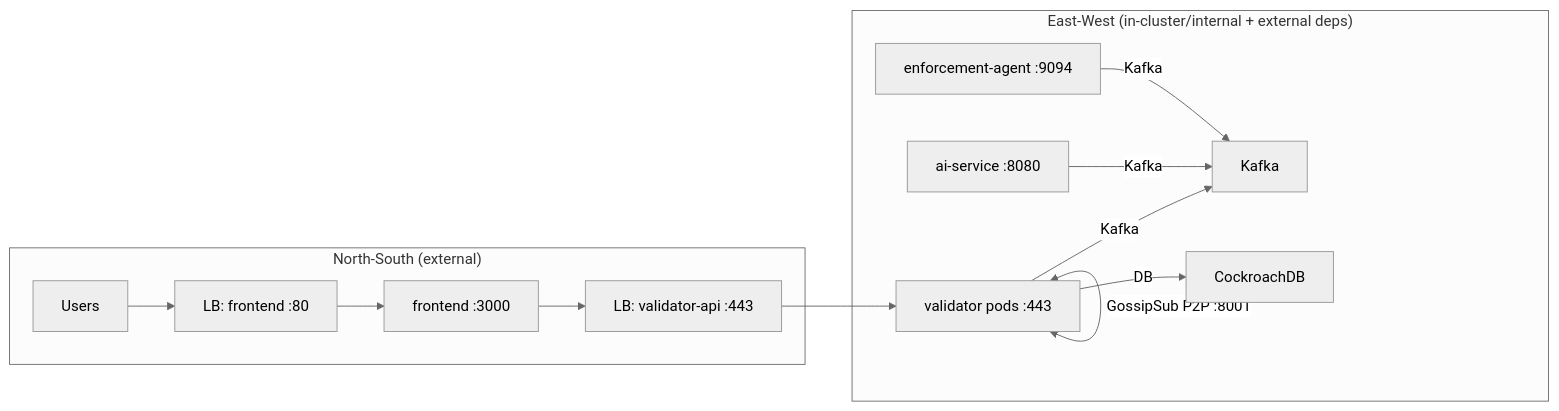
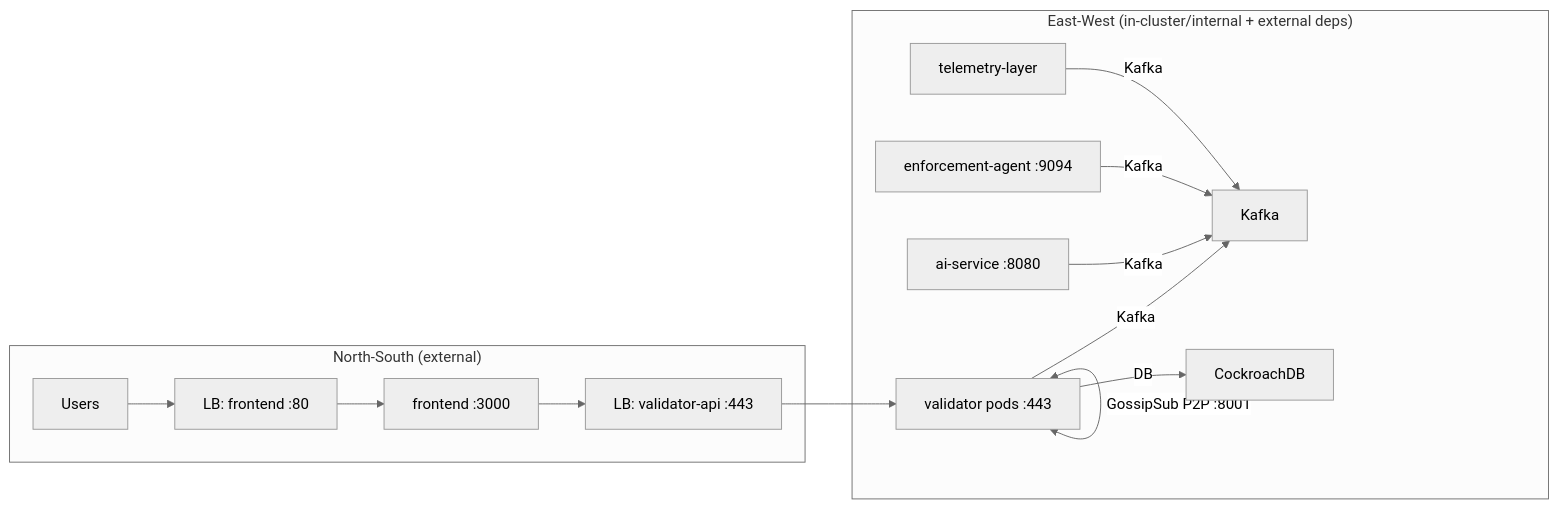
One commit to EveShark/CyberMesh changed the second of 2 diagrams in docs/architecture/12_gke_deployment.md. Above: the diagram before and after it, drawn with Mermaid (neutral theme). The commit also changed other lines of this file and 49 other files, not shown here.

````diff
--- a/docs/architecture/12_gke_deployment.md
+++ b/docs/architecture/12_gke_deployment.md
@@ -142,17 +181,18 @@
 ```mermaid
 flowchart LR
     subgraph NorthSouth["North-South (external)"]
         U[Users] --> FE_LB[LB: frontend :80]
         FE_LB --> FE[frontend :3000]
         FE --> BE_LB[LB: validator-api :443]
     end
 
     subgraph EastWest["East-West (in-cluster/internal + external deps)"]
         BE_LB --> V[validator pods :443]
         V <-->|GossipSub P2P :8001| V
         V -->|Kafka| Kafka[Kafka]
         V -->|DB| CRDB[CockroachDB]
         AI[ai-service :8080] -->|Kafka| Kafka
         EA[enforcement-agent :9094] -->|Kafka| Kafka
+        TL[telemetry-layer] -->|Kafka| Kafka
     end
 ```
````
